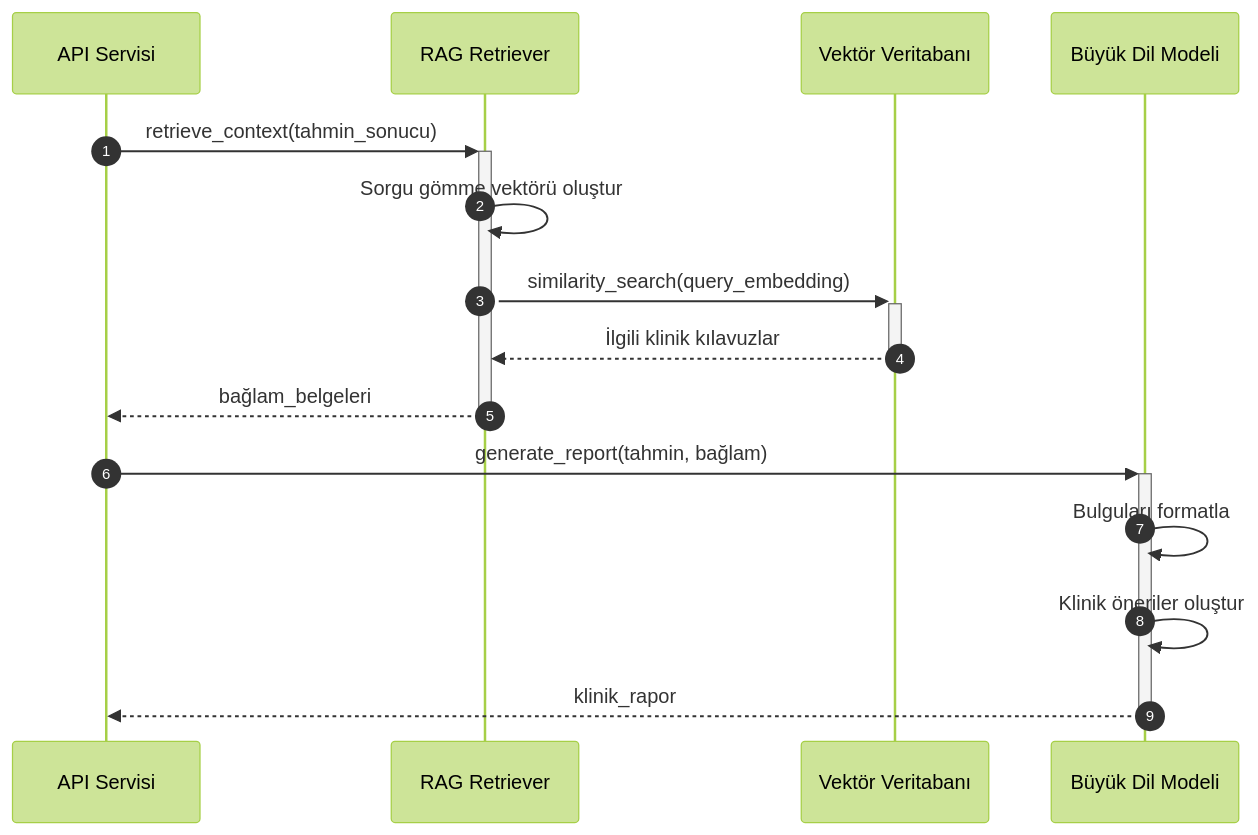
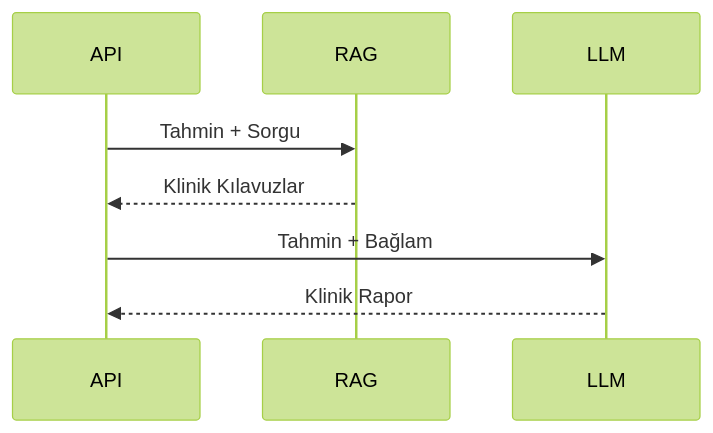
One commit to mUsaulug/CardioGuard-AI changed the eighth of 9 diagrams in docs/diagrams/06_sequence_diagram.md. Above: the diagram before and after it, drawn with Mermaid (forest theme). The commit also changed other lines of this file and 5 other files, not shown here.

````diff
--- a/docs/diagrams/06_sequence_diagram.md
+++ b/docs/diagrams/06_sequence_diagram.md
@@ -413,19 +300,12 @@
 ```mermaid
 sequenceDiagram
-    autonumber
-    participant API as API Servisi
-    participant RAG as RAG Retriever
-    participant VectorDB as Vektör Veritabanı
-    participant LLM as Büyük Dil Modeli
+    participant API
+    participant RAG
+    participant LLM
     
-    API->>+RAG: retrieve_context(tahmin_sonucu)
-    RAG->>RAG: Sorgu gömme vektörü oluştur
-    RAG->>+VectorDB: similarity_search(query_embedding)
-    VectorDB-->>-RAG: İlgili klinik kılavuzlar
-    RAG-->>-API: bağlam_belgeleri
+    API->>RAG: Tahmin + Sorgu
+    RAG-->>API: Klinik Kılavuzlar
     
-    API->>+LLM: generate_report(tahmin, bağlam)
-    LLM->>LLM: Bulguları formatla
-    LLM->>LLM: Klinik öneriler oluştur
-    LLM-->>-API: klinik_rapor
+    API->>LLM: Tahmin + Bağlam
+    LLM-->>API: Klinik Rapor
 ```
````
